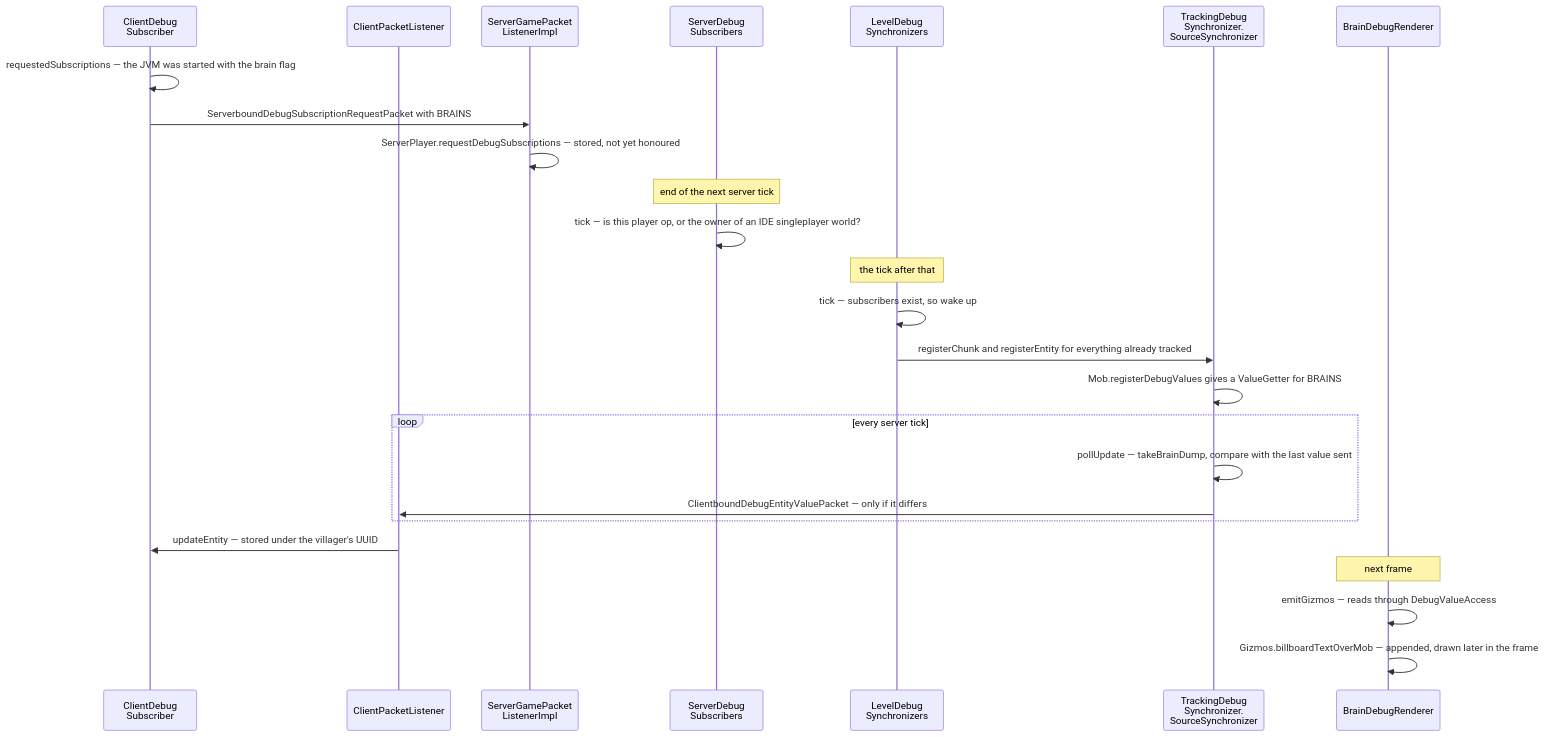
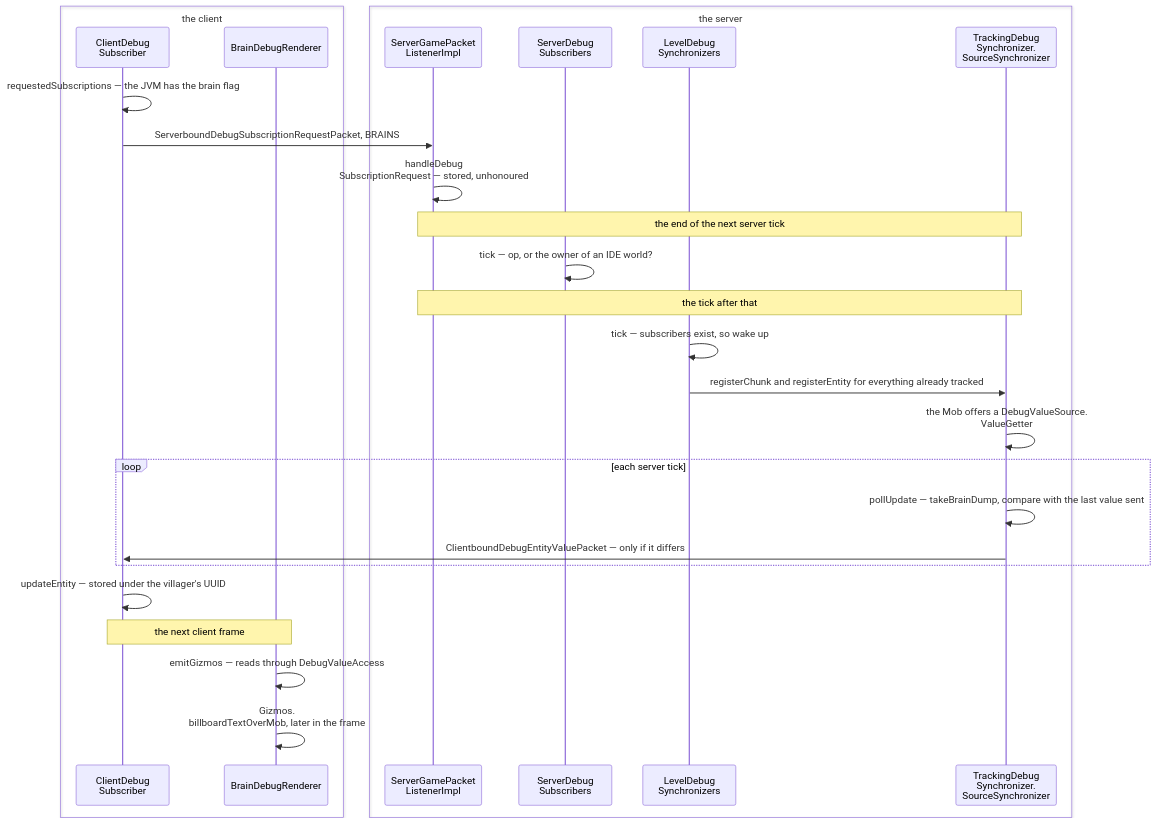
Before and after one commit to AlexanderjFraser/MinecraftDocs: the diagram in src/systems/client/debugging-the-running-game.md, drawn with Mermaid. The commit also changed other lines of this file and 18 other files, not shown here.

````diff
--- a/src/systems/client/debugging-the-running-game.md
+++ b/src/systems/client/debugging-the-running-game.md
@@ -121,28 +121,31 @@
 ```mermaid
 sequenceDiagram
+    box transparent the client
     participant CDS as ClientDebug<br/>Subscriber
-    participant CPL as ClientPacketListener
+    participant BDR as BrainDebugRenderer
+    end
+    box transparent the server
     participant SGPL as ServerGamePacket<br/>ListenerImpl
     participant SDS as ServerDebug<br/>Subscribers
     participant LDS as LevelDebug<br/>Synchronizers
     participant TDSS as TrackingDebug<br/>Synchronizer.<br/>SourceSynchronizer
-    participant BDR as BrainDebugRenderer
+    end
 
-    CDS->>CDS: requestedSubscriptions — the JVM was started with the brain flag
-    CDS->>SGPL: ServerboundDebugSubscriptionRequestPacket with BRAINS
-    SGPL->>SGPL: ServerPlayer.requestDebugSubscriptions — stored, not yet honoured
-    Note over SDS: end of the next server tick
-    SDS->>SDS: tick — is this player op, or the owner of an IDE singleplayer world?
-    Note over LDS: the tick after that
+    CDS->>CDS: requestedSubscriptions — the JVM has the brain flag
+    CDS->>SGPL: ServerboundDebugSubscriptionRequestPacket, BRAINS
+    SGPL->>SGPL: handleDebug<br/>SubscriptionRequest — stored, unhonoured
+    Note over SGPL,TDSS: the end of the next server tick
+    SDS->>SDS: tick — op, or the owner of an IDE world?
+    Note over SGPL,TDSS: the tick after that
     LDS->>LDS: tick — subscribers exist, so wake up
     LDS->>TDSS: registerChunk and registerEntity for everything already tracked
-    TDSS->>TDSS: Mob.registerDebugValues gives a ValueGetter for BRAINS
-    loop every server tick
+    TDSS->>TDSS: the Mob offers a DebugValueSource.<br/>ValueGetter
+    loop each server tick
         TDSS->>TDSS: pollUpdate — takeBrainDump, compare with the last value sent
-        TDSS->>CPL: ClientboundDebugEntityValuePacket — only if it differs
+        TDSS->>CDS: ClientboundDebugEntityValuePacket — only if it differs
     end
-    CPL->>CDS: updateEntity — stored under the villager's UUID
-    Note over BDR: next frame
+    CDS->>CDS: updateEntity — stored under the villager's UUID
+    Note over CDS,BDR: the next client frame
     BDR->>BDR: emitGizmos — reads through DebugValueAccess
-    BDR->>BDR: Gizmos.billboardTextOverMob — appended, drawn later in the frame
+    BDR->>BDR: Gizmos.<br/>billboardTextOverMob, later in the frame
 ```
````
